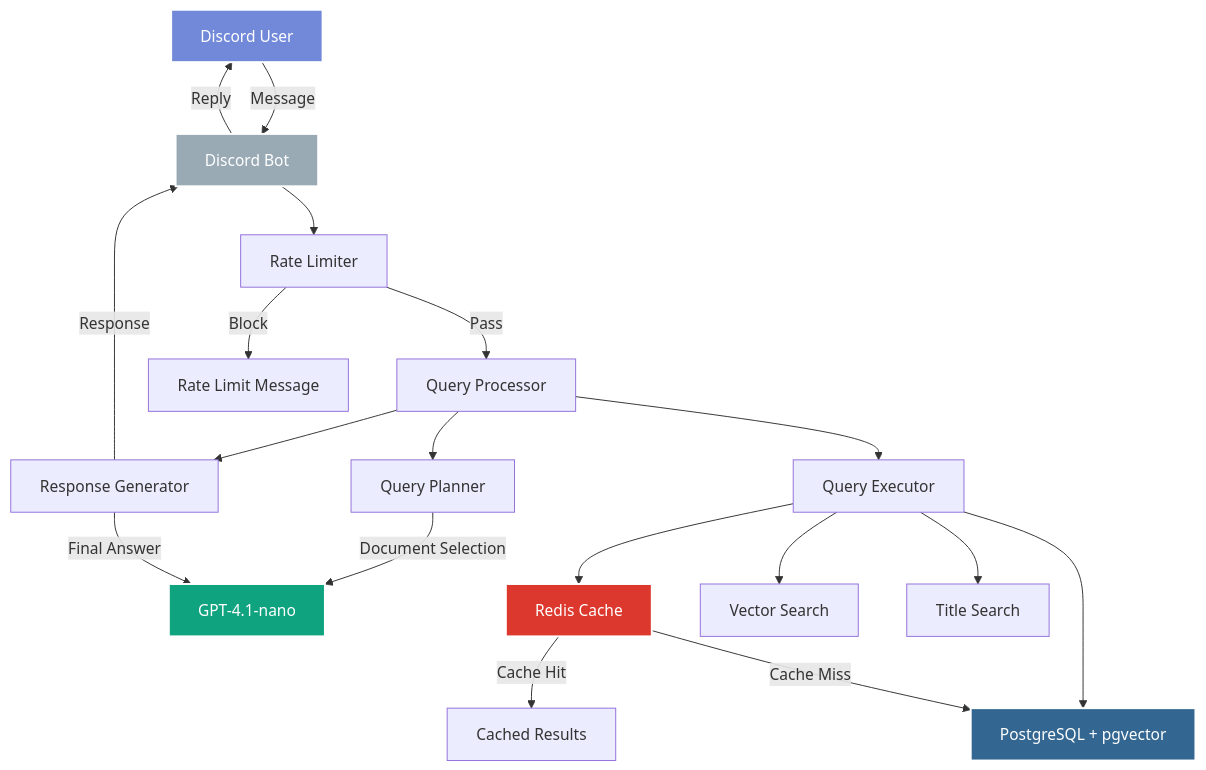
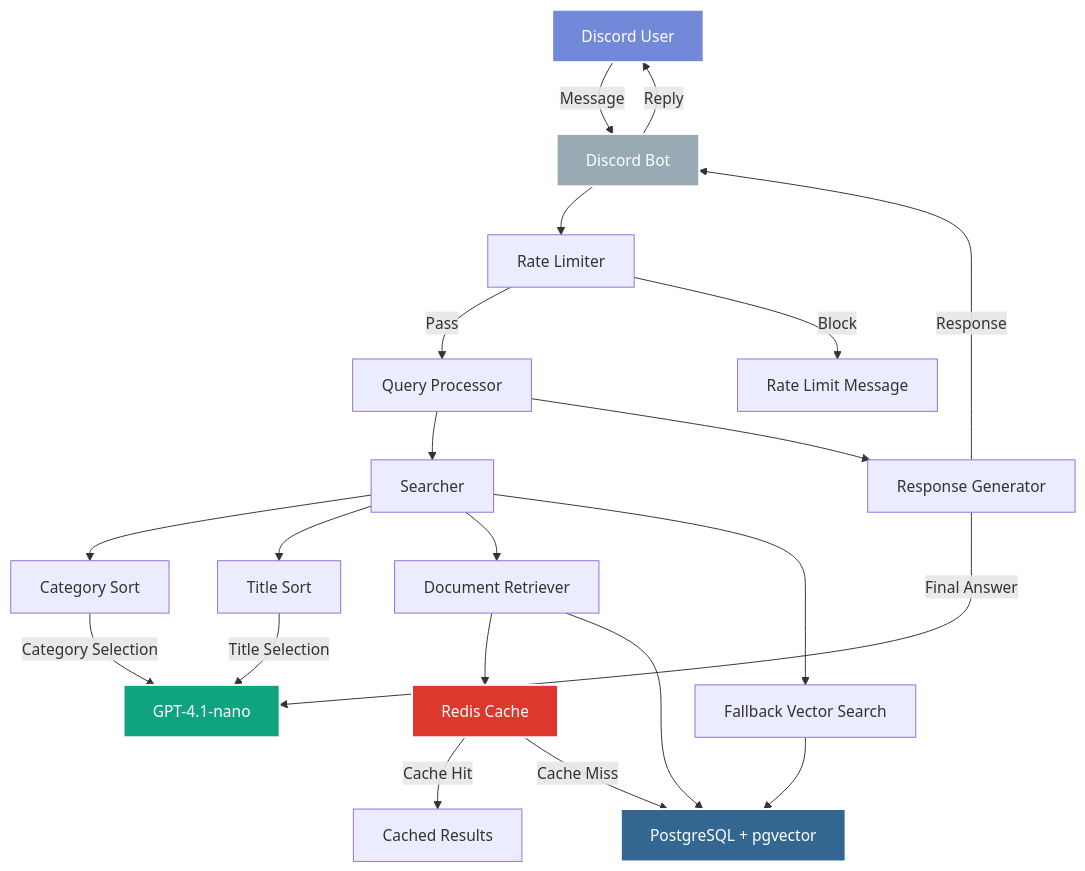
Before and after one commit to GrPugaguga/ZAMA_DISCORD_BOT: the diagram in README.md, drawn with Mermaid. The commit also changed other lines of this file, not shown here.

````diff
--- a/README.md
+++ b/README.md
@@ -38,30 +39,34 @@
 ```mermaid
 graph TD
     A[Discord User] -->|Message| B[Discord Bot]
     B --> C[Rate Limiter]
     C -->|Pass| D[Query Processor]
     C -->|Block| E[Rate Limit Message]
     
-    D --> F[Query Planner]
-    D --> G[Query Executor]
-    D --> H[Response Generator]
+    D --> F[Searcher]
+    D --> G[Response Generator]
     
-    F -->|Document Selection| I[GPT-4.1-nano]
-    G --> J[Redis Cache]
-    G --> K[PostgreSQL + pgvector]
-    G --> L[Vector Search]
-    G --> M[Title Search]
+    F --> H[Category Sort]
+    F --> I[Title Sort]
+    F --> J[Document Retriever]
+    F --> K[Fallback Vector Search]
     
-    J -->|Cache Hit| N[Cached Results]
-    J -->|Cache Miss| K
+    H -->|Category Selection| L[GPT-4.1-nano]
+    I -->|Title Selection| L
+    J --> M[Redis Cache]
+    J --> N[PostgreSQL + pgvector]
+    K --> N
     
-    H -->|Final Answer| I
-    H -->|Response| B
+    M -->|Cache Hit| O[Cached Results]
+    M -->|Cache Miss| N
+    
+    G -->|Final Answer| L
+    G -->|Response| B
     B -->|Reply| A
     
     style A fill:#7289da,stroke:#fff,stroke-width:2px,color:#fff
     style B fill:#99aab5,stroke:#fff,stroke-width:2px,color:#fff
-    style I fill:#10a37f,stroke:#fff,stroke-width:2px,color:#fff
-    style J fill:#dc382d,stroke:#fff,stroke-width:2px,color:#fff
-    style K fill:#336791,stroke:#fff,stroke-width:2px,color:#fff
+    style L fill:#10a37f,stroke:#fff,stroke-width:2px,color:#fff
+    style M fill:#dc382d,stroke:#fff,stroke-width:2px,color:#fff
+    style N fill:#336791,stroke:#fff,stroke-width:2px,color:#fff
 ```
````
